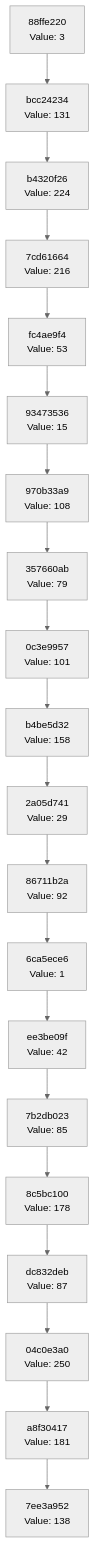
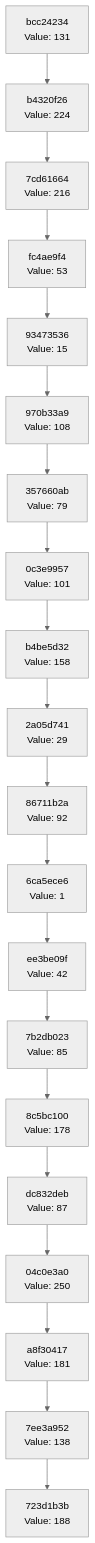
Before and after one commit to Abhisheksinha1506/hash-chain-evolver: the diagram in docs/CHAIN_VISUALIZATION.md, drawn with Mermaid (neutral theme). The commit also changed 2 other files, not shown here.

Commit message:
Evolution Step

````diff
--- a/docs/CHAIN_VISUALIZATION.md
+++ b/docs/CHAIN_VISUALIZATION.md
@@ -3,42 +3,42 @@
 ```mermaid
 graph TD
-    C0["7ee3a952<br/>Value: 138"]
-    C1["a8f30417<br/>Value: 181"]
+    C0["723d1b3b<br/>Value: 188"]
+    C1["7ee3a952<br/>Value: 138"]
     C1 --> C0
-    C2["04c0e3a0<br/>Value: 250"]
+    C2["a8f30417<br/>Value: 181"]
     C2 --> C1
-    C3["dc832deb<br/>Value: 87"]
+    C3["04c0e3a0<br/>Value: 250"]
     C3 --> C2
-    C4["8c5bc100<br/>Value: 178"]
+    C4["dc832deb<br/>Value: 87"]
     C4 --> C3
-    C5["7b2db023<br/>Value: 85"]
+    C5["8c5bc100<br/>Value: 178"]
     C5 --> C4
-    C6["ee3be09f<br/>Value: 42"]
+    C6["7b2db023<br/>Value: 85"]
     C6 --> C5
-    C7["6ca5ece6<br/>Value: 1"]
+    C7["ee3be09f<br/>Value: 42"]
     C7 --> C6
-    C8["86711b2a<br/>Value: 92"]
+    C8["6ca5ece6<br/>Value: 1"]
     C8 --> C7
-    C9["2a05d741<br/>Value: 29"]
+    C9["86711b2a<br/>Value: 92"]
     C9 --> C8
-    C10["b4be5d32<br/>Value: 158"]
+    C10["2a05d741<br/>Value: 29"]
     C10 --> C9
-    C11["0c3e9957<br/>Value: 101"]
+    C11["b4be5d32<br/>Value: 158"]
     C11 --> C10
-    C12["357660ab<br/>Value: 79"]
+    C12["0c3e9957<br/>Value: 101"]
     C12 --> C11
-    C13["970b33a9<br/>Value: 108"]
+    C13["357660ab<br/>Value: 79"]
     C13 --> C12
-    C14["93473536<br/>Value: 15"]
+    C14["970b33a9<br/>Value: 108"]
     C14 --> C13
-    C15["fc4ae9f4<br/>Value: 53"]
+    C15["93473536<br/>Value: 15"]
     C15 --> C14
-    C16["7cd61664<br/>Value: 216"]
+    C16["fc4ae9f4<br/>Value: 53"]
     C16 --> C15
-    C17["b4320f26<br/>Value: 224"]
+    C17["7cd61664<br/>Value: 216"]
     C17 --> C16
-    C18["bcc24234<br/>Value: 131"]
+    C18["b4320f26<br/>Value: 224"]
     C18 --> C17
-    C19["88ffe220<br/>Value: 3"]
+    C19["bcc24234<br/>Value: 131"]
     C19 --> C18
 ```
````
